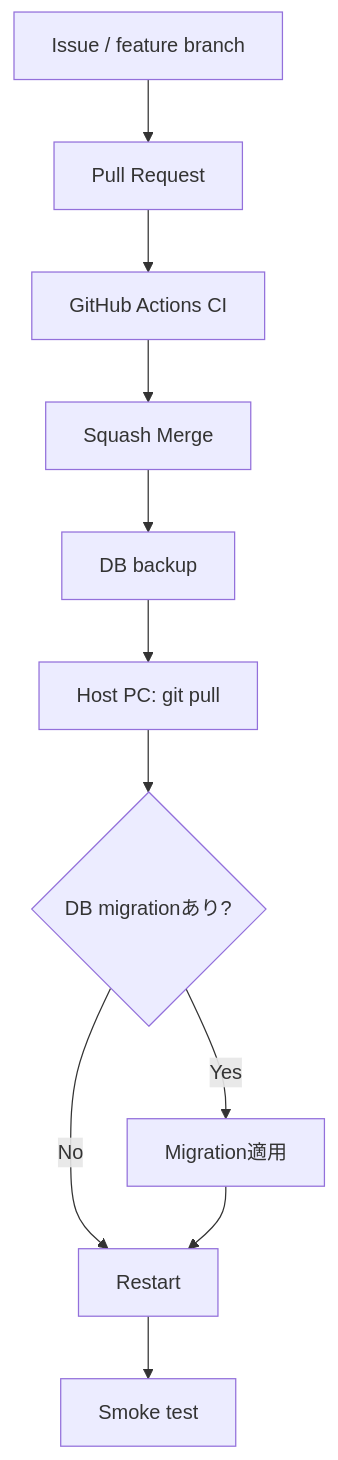
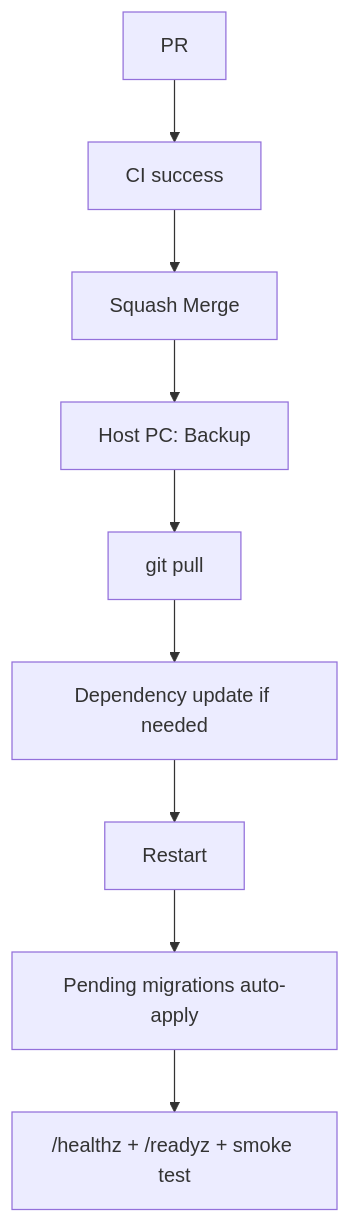
Before and after one commit to k-systems202208/python-sqlite-tailscale-webapp-template: the third of 5 diagrams in docs/DEPLOYMENT.md, drawn with Mermaid. The commit also changed other lines of this file and 42 other files, not shown here.

First line of the commit message:
Issue #16 共通テンプレートのMigration・品質ゲート・Backup・依存管理を強化 (#17)

````diff
--- a/docs/DEPLOYMENT.md
+++ b/docs/DEPLOYMENT.md
@@ -97,13 +100,11 @@
 ```mermaid
 flowchart TD
-    F["Issue / feature branch"] --> PR["Pull Request"]
-    PR --> CI["GitHub Actions CI"]
+    PR["PR"] --> CI["CI success"]
     CI --> M["Squash Merge"]
-    M --> B["DB backup"]
-    B --> P["Host PC: git pull"]
-    P --> D{"DB migrationあり?"}
-    D -->|"Yes"| MG["Migration適用"]
-    D -->|"No"| R["Restart"]
-    MG --> R
-    R --> V["Smoke test"]
+    M --> B["Host PC: Backup"]
+    B --> P["git pull"]
+    P --> I["Dependency update if needed"]
+    I --> R["Restart"]
+    R --> MG["Pending migrations auto-apply"]
+    MG --> V["/healthz + /readyz + smoke test"]
 ```
````
